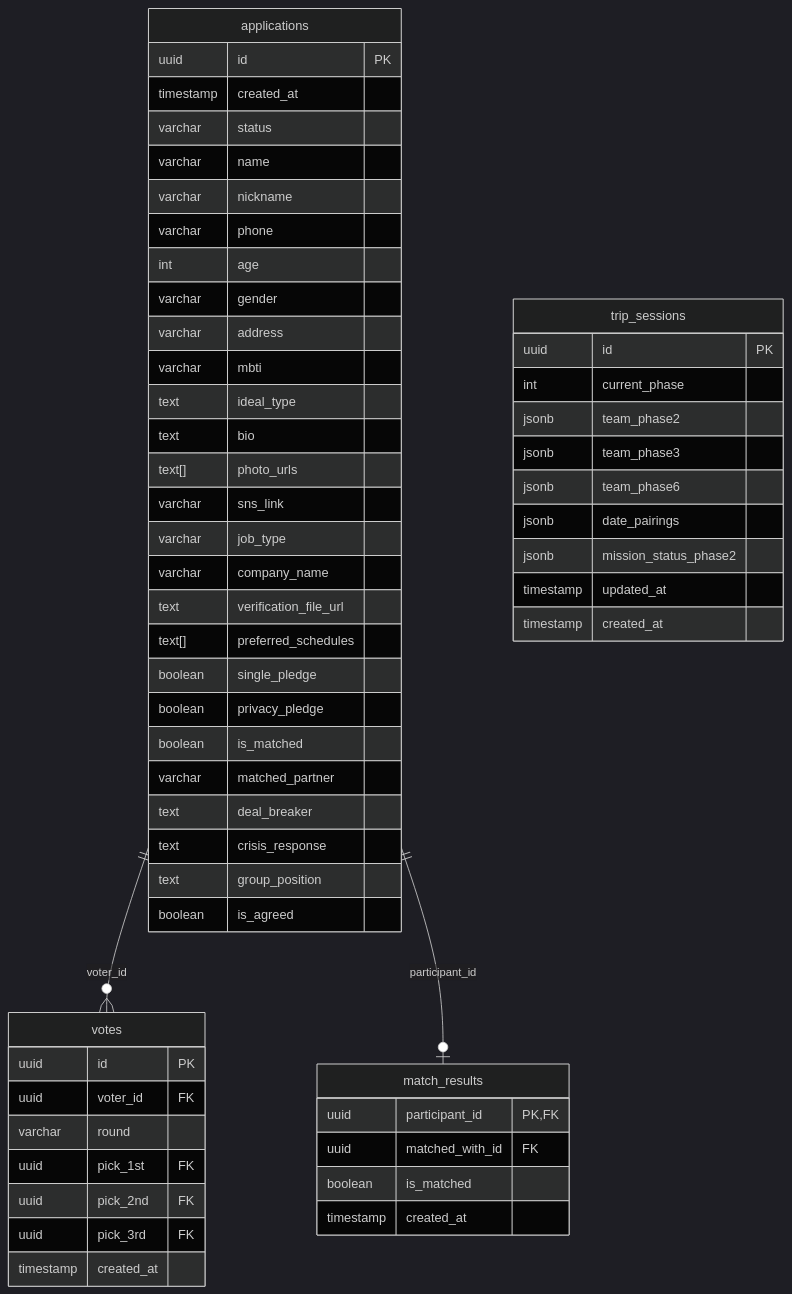
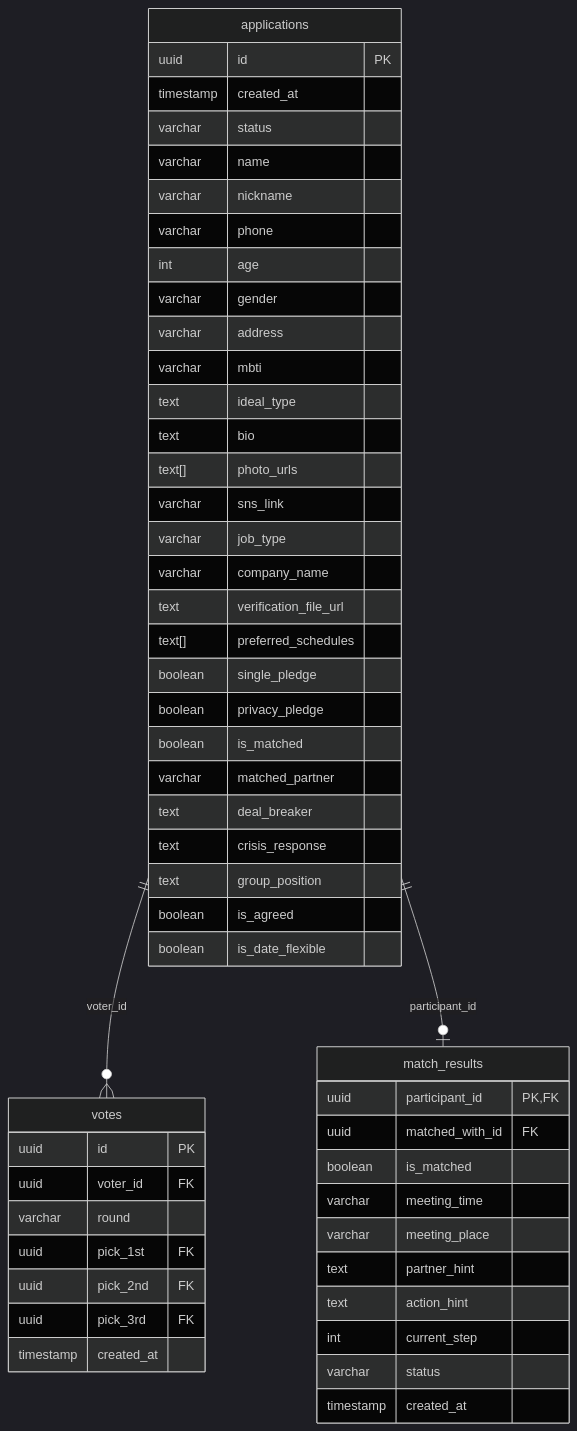
One commit to pitekuss-create/signal_trip changed the diagram in Signal_Trip_Master_Blueprint.md. Above: the diagram before and after it, drawn with Mermaid (dark theme). The commit also changed other lines of this file and 11 other files, not shown here.

````diff
--- a/Signal_Trip_Master_Blueprint.md
+++ b/Signal_Trip_Master_Blueprint.md
@@ -115,63 +107,58 @@
 ```mermaid
 erDiagram
     applications {
         uuid id PK
         timestamp created_at
         varchar status
         varchar name
         varchar nickname
         varchar phone
         int age
         varchar gender
         varchar address
         varchar mbti
         text ideal_type
         text bio
         text[] photo_urls
         varchar sns_link
         varchar job_type
         varchar company_name
         text verification_file_url
         text[] preferred_schedules
         boolean single_pledge
         boolean privacy_pledge
         boolean is_matched
         varchar matched_partner
         text deal_breaker
         text crisis_response
         text group_position
         boolean is_agreed
+        boolean is_date_flexible
     }
-    
-    trip_sessions {
-        uuid id PK
-        int current_phase
-        jsonb team_phase2
-        jsonb team_phase3
-        jsonb team_phase6
-        jsonb date_pairings
-        jsonb mission_status_phase2
-        timestamp updated_at
+ 
+    match_results {
+        uuid participant_id PK, FK
+        uuid matched_with_id FK
+        boolean is_matched
+        varchar meeting_time
+        varchar meeting_place
+        text partner_hint
+        text action_hint
+        int current_step
+        varchar status
         timestamp created_at
     }
- 
+
     votes {
         uuid id PK
         uuid voter_id FK
         varchar round
         uuid pick_1st FK
         uuid pick_2nd FK
         uuid pick_3rd FK
         timestamp created_at
     }
  
-    match_results {
-        uuid participant_id PK, FK
-        uuid matched_with_id FK
-        boolean is_matched
-        timestamp created_at
-    }
- 
     applications ||--o{ votes : "voter_id"
     applications ||--o| match_results : "participant_id"
 ```
````
